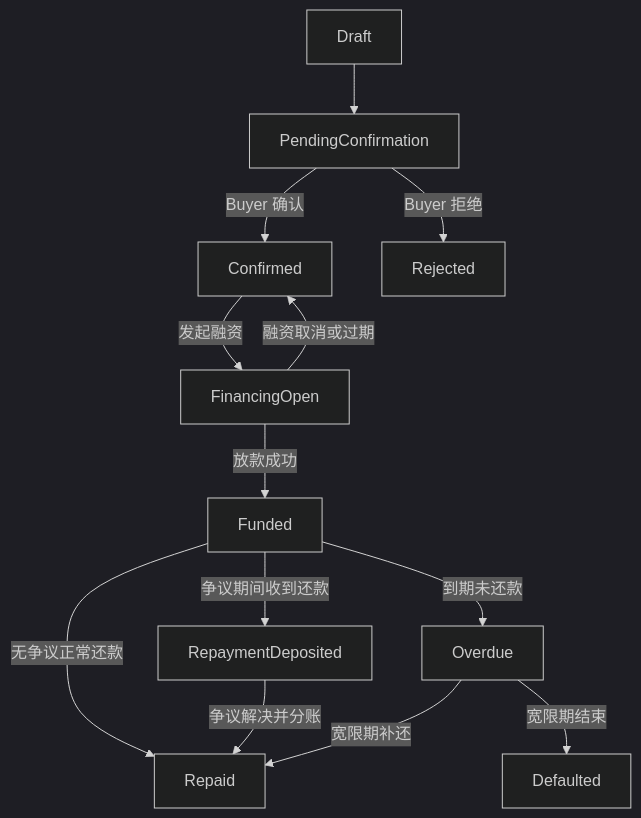
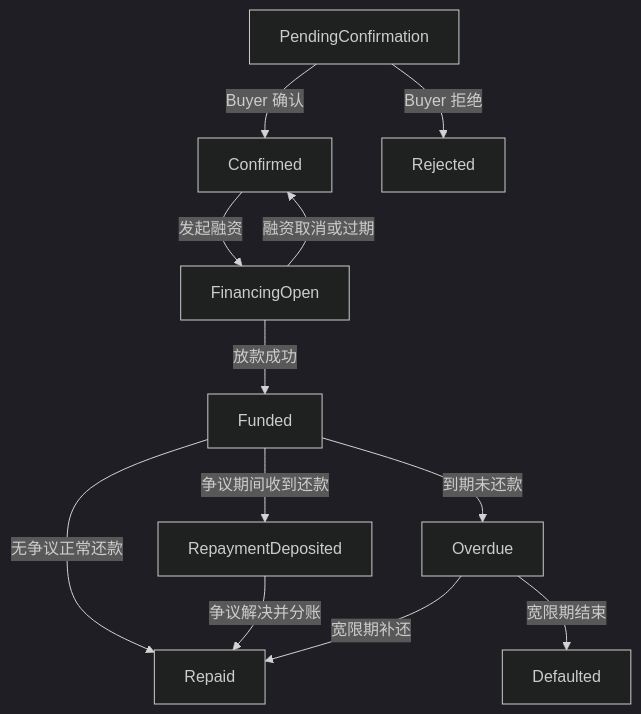
The fifth of 9 diagrams in doc/设计文档.md (GeraltWu/blockchain-sme-receivables-financing), drawn with Mermaid (dark theme) before and after one commit. The commit also changed other lines of this file and 2 other files, not shown here.

````diff
--- a/doc/设计文档.md
+++ b/doc/设计文档.md
@@ -488,15 +487,15 @@
 ```mermaid
 flowchart TD
-    D[Draft] --> PC[PendingConfirmation]
+    PC[PendingConfirmation]
     PC -->|Buyer 确认| C[Confirmed]
     PC -->|Buyer 拒绝| RJ[Rejected]
     C -->|发起融资| FO[FinancingOpen]
     FO -->|融资取消或过期| C
     FO -->|放款成功| FU[Funded]
     FU -->|无争议正常还款| RP[Repaid]
     FU -->|争议期间收到还款| RD[RepaymentDeposited]
     FU -->|到期未还款| OD[Overdue]
     RD -->|争议解决并分账| RP
     OD -->|宽限期补还| RP
     OD -->|宽限期结束| DF[Defaulted]
 ```
````
